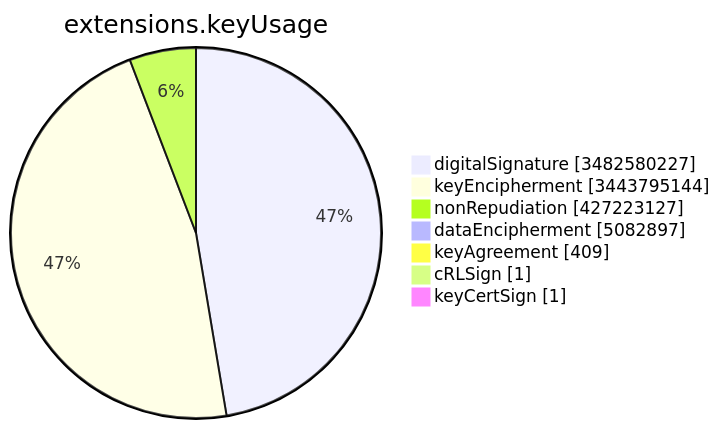
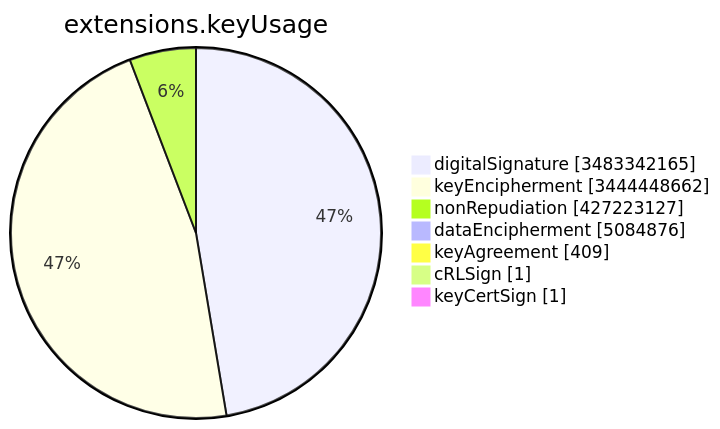
One commit to christiankrug/ctmonitor_visualization changed the sixth of 15 diagrams in TOTAL/README.md. Above: the diagram before and after it, drawn with Mermaid. The commit also changed other lines of this file, not shown here.

````diff
--- a/TOTAL/README.md
+++ b/TOTAL/README.md
@@ -3082,11 +3082,11 @@
 ```mermaid
 pie showData
 title extensions.keyUsage
-"digitalSignature" :3482580227
-"keyEncipherment" :3443795144
+"digitalSignature" :3483342165
+"keyEncipherment" :3444448662
 "nonRepudiation" :427223127
-"dataEncipherment" :5082897
+"dataEncipherment" :5084876
 "keyAgreement" :409
 "cRLSign" :1
 "keyCertSign" :1
 ```
````
